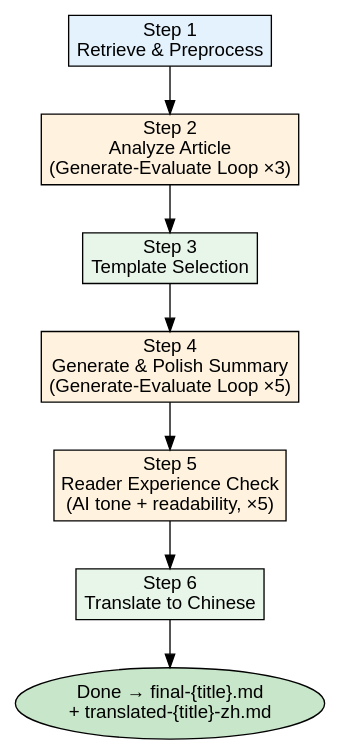
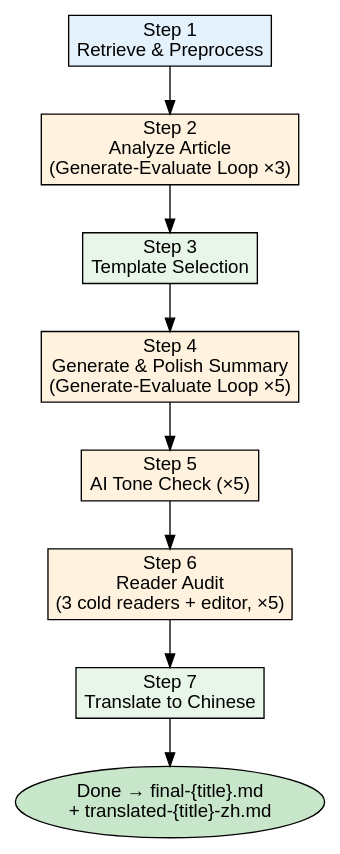
One commit to liuyanhui/yiyue31-skills changed the first of 2 diagrams in yiyue31-summary/README.md. Above: the diagram before and after it, drawn with Graphviz. The commit also changed other lines of this file and 6 other files, not shown here.

````diff
--- a/yiyue31-summary/README.md
+++ b/yiyue31-summary/README.md
@@ -35,22 +35,24 @@
 ```dot
 digraph workflow {
     rankdir=TB;
     node [shape=box, style=filled, fillcolor="#f5f5f5", fontname="Arial"];
     edge [fontname="Arial", fontsize=10];
 
     step1 [label="Step 1\nRetrieve & Preprocess", fillcolor="#e3f2fd"];
     step2 [label="Step 2\nAnalyze Article\n(Generate-Evaluate Loop ×3)", fillcolor="#fff3e0"];
     step3 [label="Step 3\nTemplate Selection", fillcolor="#e8f5e9"];
     step4 [label="Step 4\nGenerate & Polish Summary\n(Generate-Evaluate Loop ×5)", fillcolor="#fff3e0"];
-    step5 [label="Step 5\nReader Experience Check\n(AI tone + readability, ×5)", fillcolor="#fff3e0"];
-    step6 [label="Step 6\nTranslate to Chinese", fillcolor="#e8f5e9"];
+    step5 [label="Step 5\nAI Tone Check (×5)", fillcolor="#fff3e0"];
+    step6 [label="Step 6\nReader Audit\n(3 cold readers + editor, ×5)", fillcolor="#fff3e0"];
+    step7 [label="Step 7\nTranslate to Chinese", fillcolor="#e8f5e9"];
     done [label="Done → final-{title}.md\n+ translated-{title}-zh.md", shape=ellipse, fillcolor="#c8e6c9"];
 
     step1 -> step2;
     step2 -> step3;
     step3 -> step4;
     step4 -> step5;
     step5 -> step6;
-    step6 -> done;
+    step6 -> step7;
+    step7 -> done;
 }
 ```
````
